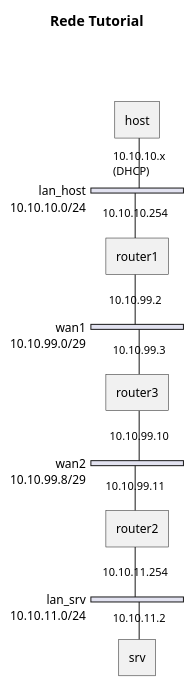
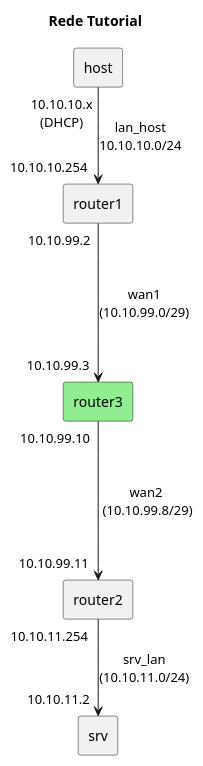
The diagram in network_01_exA.puml (SpirTBBX/SISTCA-1220956-1221092-1221708-1211104), drawn with PlantUML before and after one commit. The commit also changed 3 other files, not shown here.

Commit message:
docs: network diagrams for all exercises

```diff
--- a/network_01_exA.puml
+++ b/network_01_exA.puml
@@ -1,38 +1,19 @@
 @startuml
-'https://plantuml.com/nwdiag
+' https://plantuml.com/component-diagram
 
-title "Rede Tutorial"
+title Rede Tutorial
 
-nwdiag {
-    host
-    network lan_host {
-    width = full
-        address = "10.10.10.0/24"
+rectangle "host" as Host
+rectangle "router1" as Router1
+rectangle "router3" as Router3 #LightGreen
+rectangle "router2" as Router2
+rectangle "srv" as Server
 
-        host [address = "10.10.10.x\n(DHCP)"];
-        router1 [address = "10.10.10.254"];
-    }
+Host "10.10.10.x\n(DHCP)" --> "10.10.10.254" Router1 : "lan_host\n10.10.10.0/24"
 
-    network wan1 {
-    width = full
-    address = "10.10.99.0/29"
-        router1 [address = "10.10.99.2"];
-        router3 [address = "10.10.99.3"]
-    }
+Router1 "10.10.99.2" ---> "10.10.99.3" Router3 : wan1\n(10.10.99.0/29)
+Router3 "10.10.99.10"  ---> "10.10.99.11" Router2 : wan2\n (10.10.99.8/29)
 
-    network wan2 {
-    width = full
-    address = "10.10.99.8/29"
-        router3 [address = "10.10.99.10"];
-        router2 [address = "10.10.99.11"]
-    }
+Router2 "10.10.11.254" --> "10.10.11.2" Server : srv_lan\n(10.10.11.0/24)
 
-    network lan_srv {
-    width = full
-    address = "10.10.11.0/24"
-        router2 [address = "10.10.11.254"];
-        srv [address = "10.10.11.2"]
-    }
-
-}
 @enduml
```
